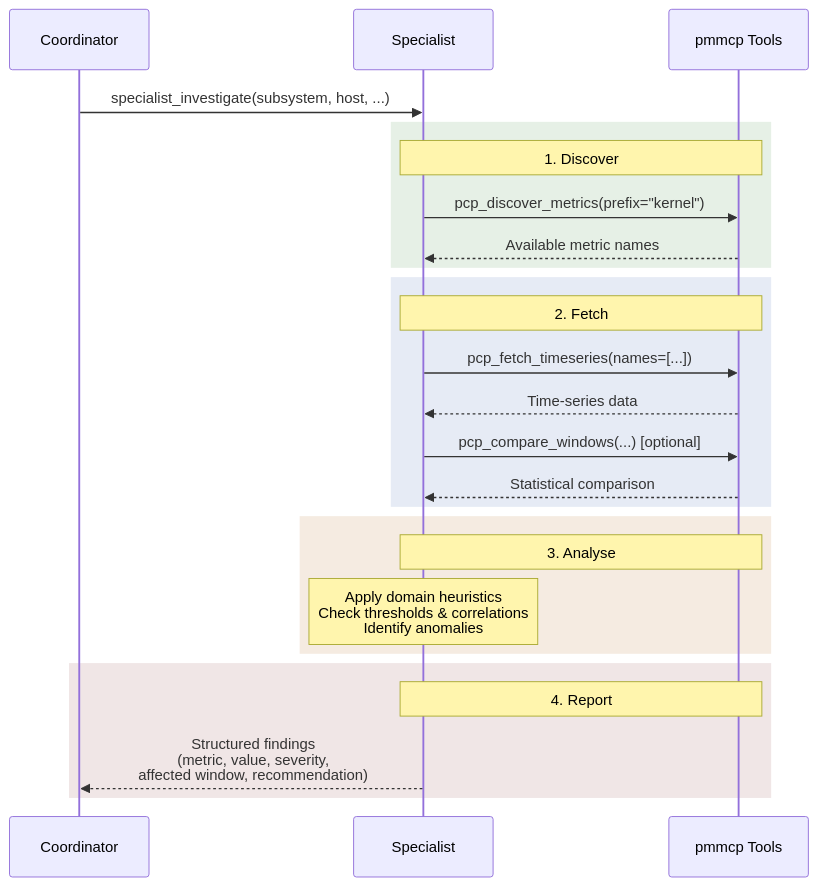
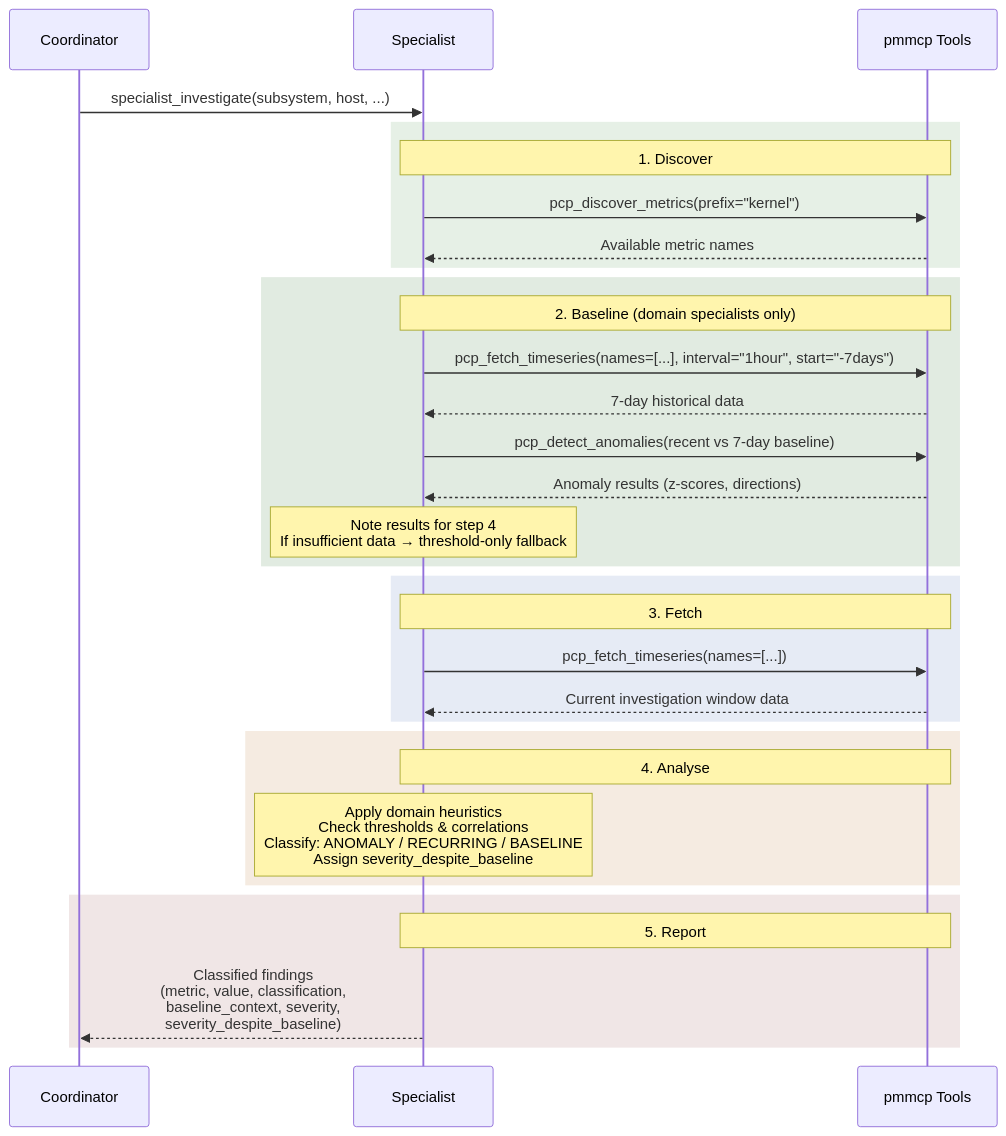
One commit to tallpsmith/pmmcp changed the third of 3 diagrams in docs/investigation-flow.md. Above: the diagram before and after it, drawn with Mermaid. The commit also changed other lines of this file and 2 other files, not shown here.

First line of the commit message:
docs: update investigation-flow for 5-step specialist workflow + classification ranking

````diff
--- a/docs/investigation-flow.md
+++ b/docs/investigation-flow.md
@@ -115,32 +118,39 @@
 ```mermaid
 sequenceDiagram
     participant C as Coordinator
     participant S as Specialist
     participant T as pmmcp Tools
 
     C->>S: specialist_investigate(subsystem, host, ...)
 
     rect rgb(230, 240, 230)
         Note over S,T: 1. Discover
         S->>T: pcp_discover_metrics(prefix="kernel")
         T-->>S: Available metric names
     end
 
+    rect rgb(225, 235, 225)
+        Note over S,T: 2. Baseline (domain specialists only)
+        S->>T: pcp_fetch_timeseries(names=[...], interval="1hour", start="-7days")
+        T-->>S: 7-day historical data
+        S->>T: pcp_detect_anomalies(recent vs 7-day baseline)
+        T-->>S: Anomaly results (z-scores, directions)
+        Note over S: Note results for step 4<br/>If insufficient data → threshold-only fallback
+    end
+
     rect rgb(230, 235, 245)
-        Note over S,T: 2. Fetch
+        Note over S,T: 3. Fetch
         S->>T: pcp_fetch_timeseries(names=[...])
-        T-->>S: Time-series data
-        S->>T: pcp_compare_windows(...) [optional]
-        T-->>S: Statistical comparison
+        T-->>S: Current investigation window data
     end
 
     rect rgb(245, 235, 225)
-        Note over S,T: 3. Analyse
-        Note over S: Apply domain heuristics<br/>Check thresholds & correlations<br/>Identify anomalies
+        Note over S,T: 4. Analyse
+        Note over S: Apply domain heuristics<br/>Check thresholds & correlations<br/>Classify: ANOMALY / RECURRING / BASELINE<br/>Assign severity_despite_baseline
     end
 
     rect rgb(240, 230, 230)
-        Note over S,T: 4. Report
-        S-->>C: Structured findings<br/>(metric, value, severity,<br/>affected window, recommendation)
+        Note over S,T: 5. Report
+        S-->>C: Classified findings<br/>(metric, value, classification,<br/>baseline_context, severity,<br/>severity_despite_baseline)
     end
 ```
````
